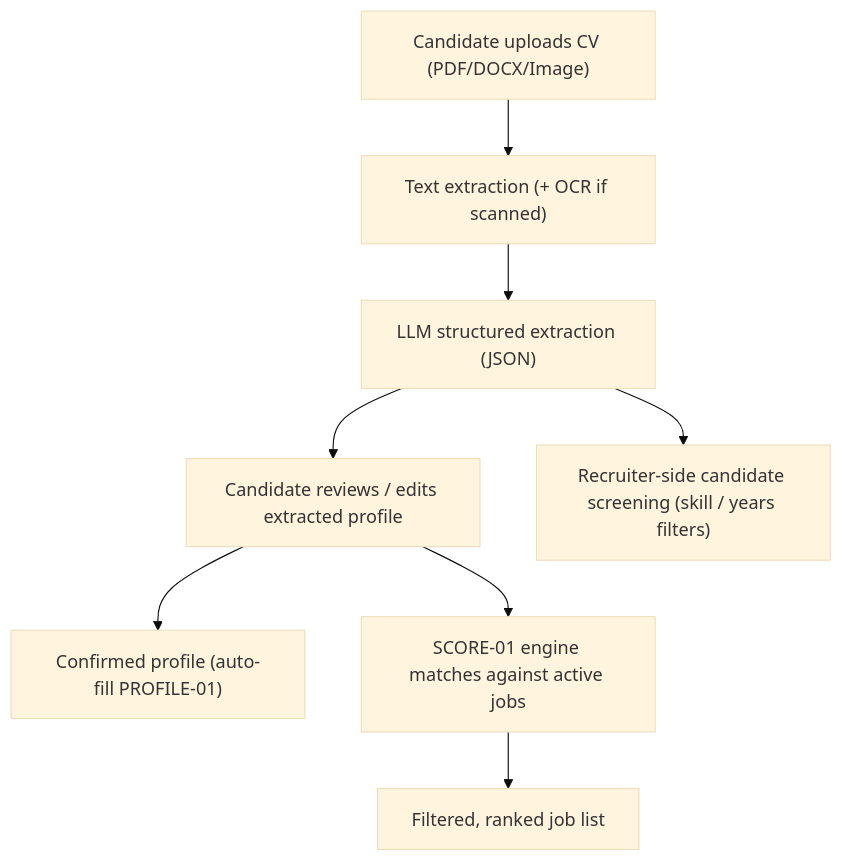
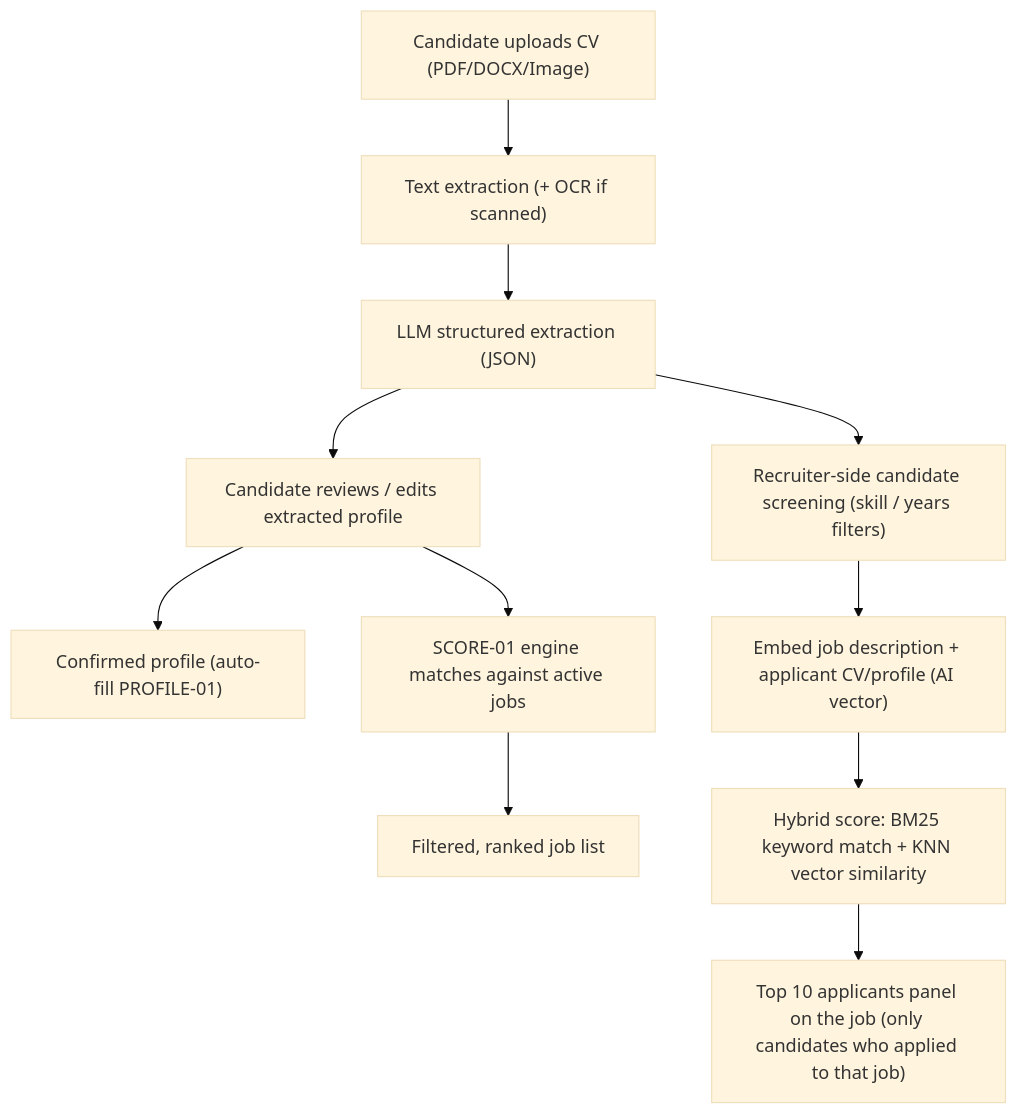
The seventh of 7 diagrams in docs/srs/en/5-nice-to-have-fr.md (dut-pbl6-2026/job-platform-docs), drawn with Mermaid (base theme) before and after one commit. The commit also changed other lines of this file and 5 other files, not shown here.

First line of the commit message:
docs(ai): supplement SCREEN-01 with hybrid top-candidates panel (BM25 + KNN)

````diff
--- a/docs/srs/en/5-nice-to-have-fr.md
+++ b/docs/srs/en/5-nice-to-have-fr.md
@@ -608,10 +610,13 @@
 ```mermaid
 flowchart TB
     Upload["Candidate uploads CV (PDF/DOCX/Image)"] --> Extract["Text extraction (+ OCR if scanned)"]
     Extract --> LLM["LLM structured extraction (JSON)"]
     LLM --> Review["Candidate reviews / edits extracted profile"]
     Review --> Save["Confirmed profile (auto-fill PROFILE-01)"]
     Review --> Match["SCORE-01 engine matches against active jobs"]
     Match --> Jobs["Filtered, ranked job list"]
     LLM --> Screen["Recruiter-side candidate screening (skill / years filters)"]
+    Screen --> Embed["Embed job description + applicant CV/profile (AI vector)"]
+    Embed --> Hybrid["Hybrid score: BM25 keyword match + KNN vector similarity"]
+    Hybrid --> Top10["Top 10 applicants panel on the job (only candidates who applied to that job)"]
 ```
````
